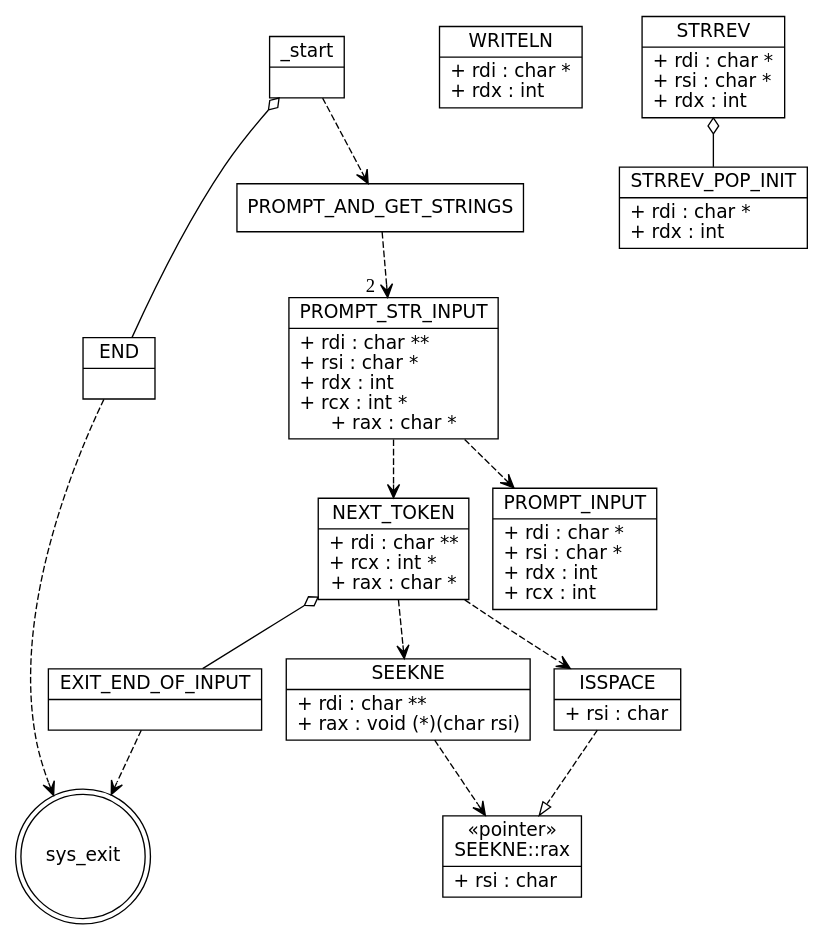
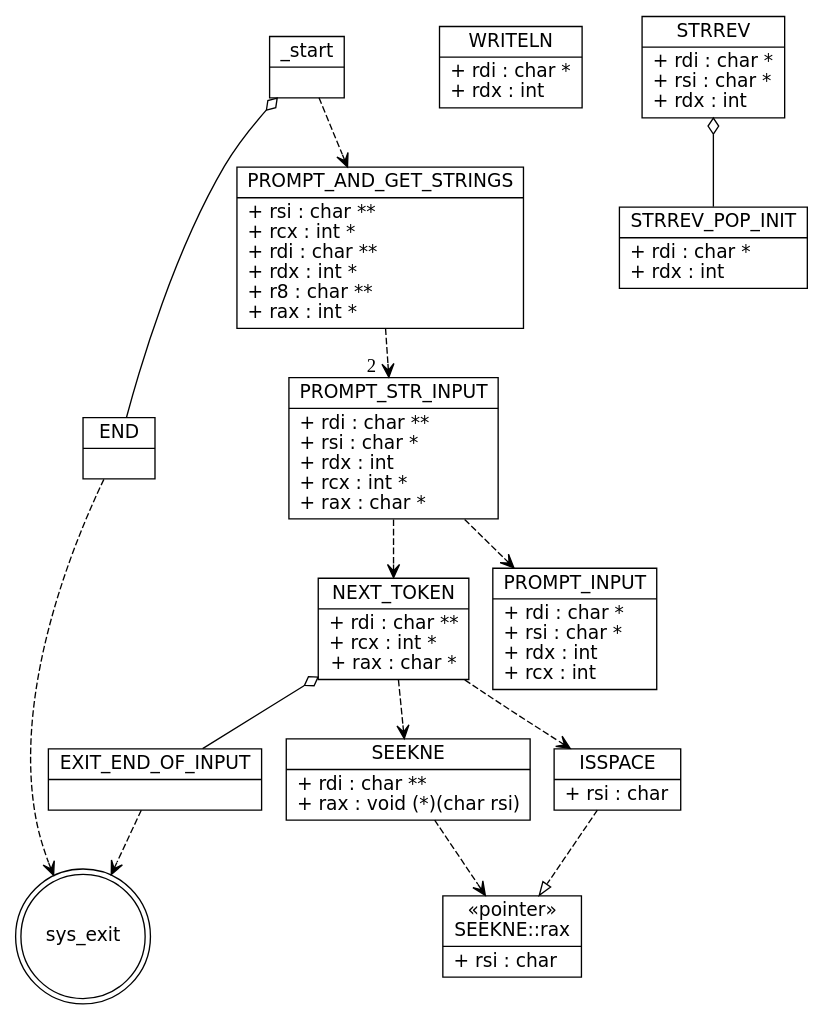
One commit to lduran2/computer_architecture-projects changed the diagram in x86-lexcalc/umllike.dot. Above: the diagram before and after it, drawn with Graphviz. The commit also changed 2 other files, not shown here.

Commit message:
[x86-lxcl] parameterized PROMPT_AND_GET_STRINGS

```diff
--- a/x86-lexcalc/umllike.dot
+++ b/x86-lexcalc/umllike.dot
@@ -1,118 +1,122 @@
 /* Note that this is not exactly a UML diagram.
    Rather, it treats functions as classes
    with their parameters as public fields.
  */
 
 digraph x86calc {
     /* nodes */
     node [
         shape = "record",
         fontname = "Verdana,DejaVu Sans,Bitstream Vera Sans"
     ];
 
     _start [
         label = "{\N|}"
     ];
 
     END [
         label = "{\N|}"
     ];
 
+    PROMPT_AND_GET_STRINGS [
+        label = "{\N|+ rsi : char **\l+ rcx : int *\l+ rdi : char **\l+ rdx : int *\l+ r8 : char **\l+ rax : int *\l}"
+    ];
+
     PROMPT_STR_INPUT [
-        label = "{\N|+ rdi : char **\l+ rsi : char *\l+ rdx : int\l+ rcx : int *\l+ rax : char *}"
+        label = "{\N|+ rdi : char **\l+ rsi : char *\l+ rdx : int\l+ rcx : int *\l+ rax : char *\l}"
     ];
 
     NEXT_TOKEN [
         label = "{\N|+ rdi : char **\l+ rcx : int *\l+ rax : char *}"
     ];
 
     WRITELN [
         label = "{\N|+ rdi : char *\l+ rdx : int\l}"
     ];
 
     PROMPT_INPUT [
         label = "{\N|+ rdi : char *\l+ rsi : char *\l+ rdx : int\l+ rcx : int\l}"
     ];
 
     SEEKNE [
         label = "{\N|+ rdi : char **\l+ rax : void (*)(char rsi)\l}"
     ];
 
     SEEKNE_rax [
         label = "{&laquo;pointer&raquo;\nSEEKNE::rax|+ rsi : char\l}"
     ];
 
 
 
     ISSPACE [
         label = "{\N|+ rsi : char\l}"
     ];
 
 
 
     STRREV [
         label = "{\N|+ rdi : char *\l+ rsi : char *\l+ rdx : int\l}"
     ];
 
     STRREV_POP_INIT [
         label = "{\N|+ rdi : char *\l+ rdx : int\l}"
     ];
  
     EXIT_END_OF_INPUT [
         label = "{\N|}"
     ];
     sys_exit [
         shape = "doublecircle"
     ];
 
     /* edges */
     _start -> PROMPT_AND_GET_STRINGS [
         style="dashed", arrowhead="vee"
     ];
     _start -> END [
         dir="back", arrowtail="odiamond"
     ];
 
     END -> sys_exit [
         style="dashed", arrowhead="vee"
     ];
 
     PROMPT_AND_GET_STRINGS -> PROMPT_STR_INPUT [
         style="dashed", arrowhead="vee",
         headlabel="2  "
     ];
 
     PROMPT_STR_INPUT -> PROMPT_INPUT [
         style="dashed", arrowhead="vee"
     ];
     PROMPT_STR_INPUT -> NEXT_TOKEN [
         style="dashed", arrowhead="vee"
     ];
 
     EXIT_END_OF_INPUT -> sys_exit [
         style="dashed", arrowhead="vee"
     ];
 
     NEXT_TOKEN -> ISSPACE [
         style="dashed", arrowhead="vee"
     ];
     NEXT_TOKEN -> EXIT_END_OF_INPUT [
         dir="back", arrowtail="odiamond"
     ];
     NEXT_TOKEN -> SEEKNE [
         style="dashed", arrowhead="vee"
     ];
 
     SEEKNE -> SEEKNE_rax [
         style="dashed", arrowhead="vee"
     ];
 
     ISSPACE -> SEEKNE_rax [
         style="dashed", arrowhead="empty"
     ];
 
     STRREV -> STRREV_POP_INIT [
         dir="back", arrowtail="odiamond"
     ];
 
 }
```
